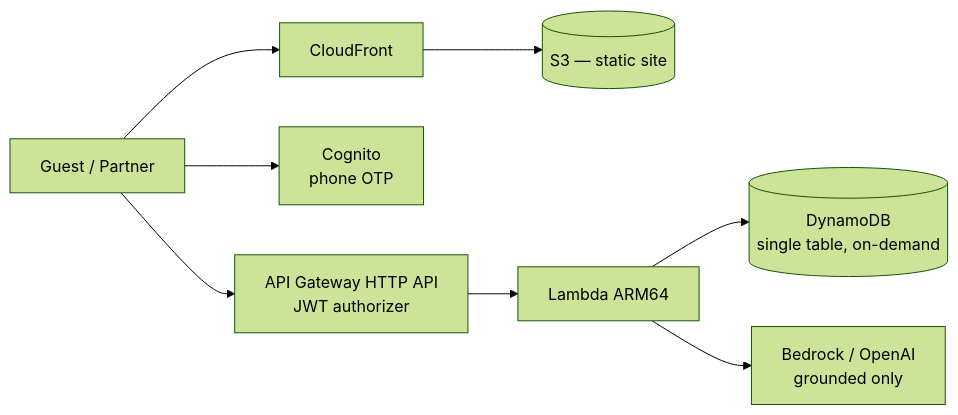
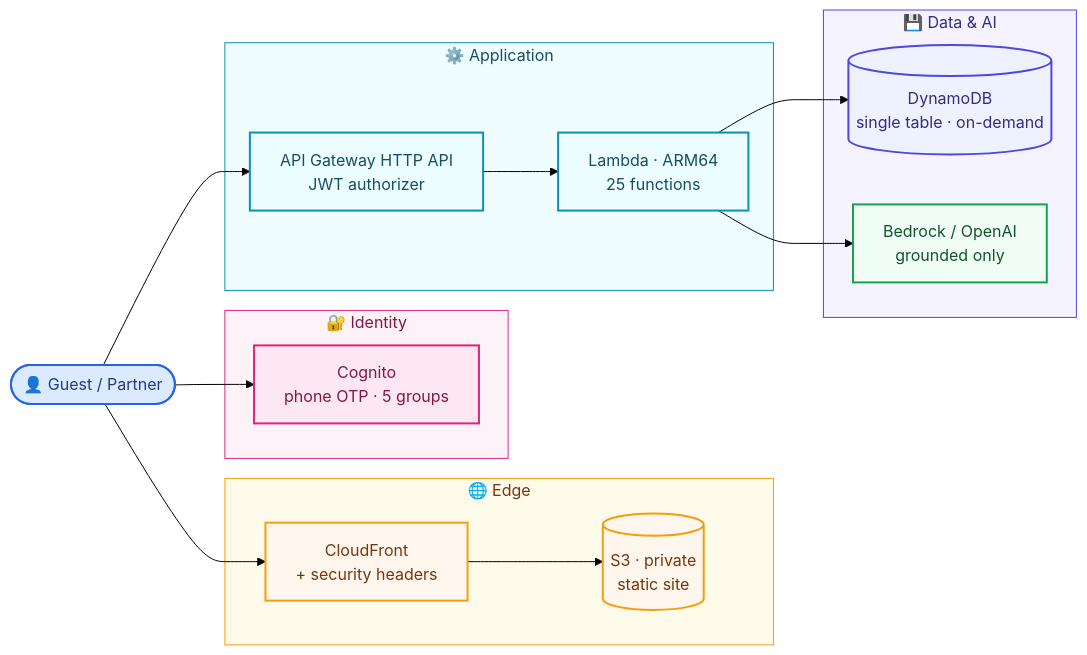
One commit to yadakrishna245/Atithi-Resort changed the sixth of 8 diagrams in README.md. Above: the diagram before and after it, drawn with Mermaid (forest theme). The commit also changed other lines of this file, not shown here.

Commit message:
Premium README: badges + 8 colourful Mermaid diagrams (deploy & git workflow)

````diff
--- a/README.md
+++ b/README.md
@@ -83,10 +227,37 @@
 ```mermaid
 flowchart LR
-    U[Guest / Partner] --> CF[CloudFront]
-    CF --> S3[(S3 — static site)]
-    U --> COG[Cognito<br/>phone OTP]
-    U --> API[API Gateway HTTP API<br/>JWT authorizer]
-    API --> L[Lambda ARM64]
-    L --> DDB[(DynamoDB<br/>single table, on-demand)]
-    L --> AI[Bedrock / OpenAI<br/>grounded only]
+    U(["👤 Guest / Partner"]):::user
+
+    subgraph EDGE["🌐 Edge"]
+        CF["CloudFront<br/>+ security headers"]:::edge
+        S3[("S3 · private<br/>static site")]:::edge
+    end
+    subgraph AUTH["🔐 Identity"]
+        COG["Cognito<br/>phone OTP · 5 groups"]:::auth
+    end
+    subgraph APP["⚙️ Application"]
+        API["API Gateway HTTP API<br/>JWT authorizer"]:::app
+        L["Lambda · ARM64<br/>25 functions"]:::app
+    end
+    subgraph DATA["💾 Data & AI"]
+        DDB[("DynamoDB<br/>single table · on-demand")]:::data
+        AI["Bedrock / OpenAI<br/>grounded only"]:::ai
+    end
+
+    U --> CF --> S3
+    U --> COG
+    U --> API --> L
+    L --> DDB
+    L --> AI
+
+    classDef user fill:#dbeafe,stroke:#2563eb,stroke-width:2px,color:#1e3a8a;
+    classDef edge fill:#fff7ed,stroke:#f59e0b,stroke-width:2px,color:#78350f;
+    classDef auth fill:#fce7f3,stroke:#db2777,stroke-width:2px,color:#831843;
+    classDef app fill:#ecfeff,stroke:#0891b2,stroke-width:2px,color:#164e63;
+    classDef data fill:#eef2ff,stroke:#4f46e5,stroke-width:2px,color:#312e81;
+    classDef ai fill:#f0fdf4,stroke:#16a34a,stroke-width:2px,color:#14532d;
+    style EDGE fill:#fffbeb,stroke:#f59e0b,color:#78350f
+    style AUTH fill:#fdf2f8,stroke:#db2777,color:#831843
+    style APP fill:#f0fdff,stroke:#0891b2,color:#164e63
+    style DATA fill:#f5f3ff,stroke:#4f46e5,color:#312e81
 ```
````
